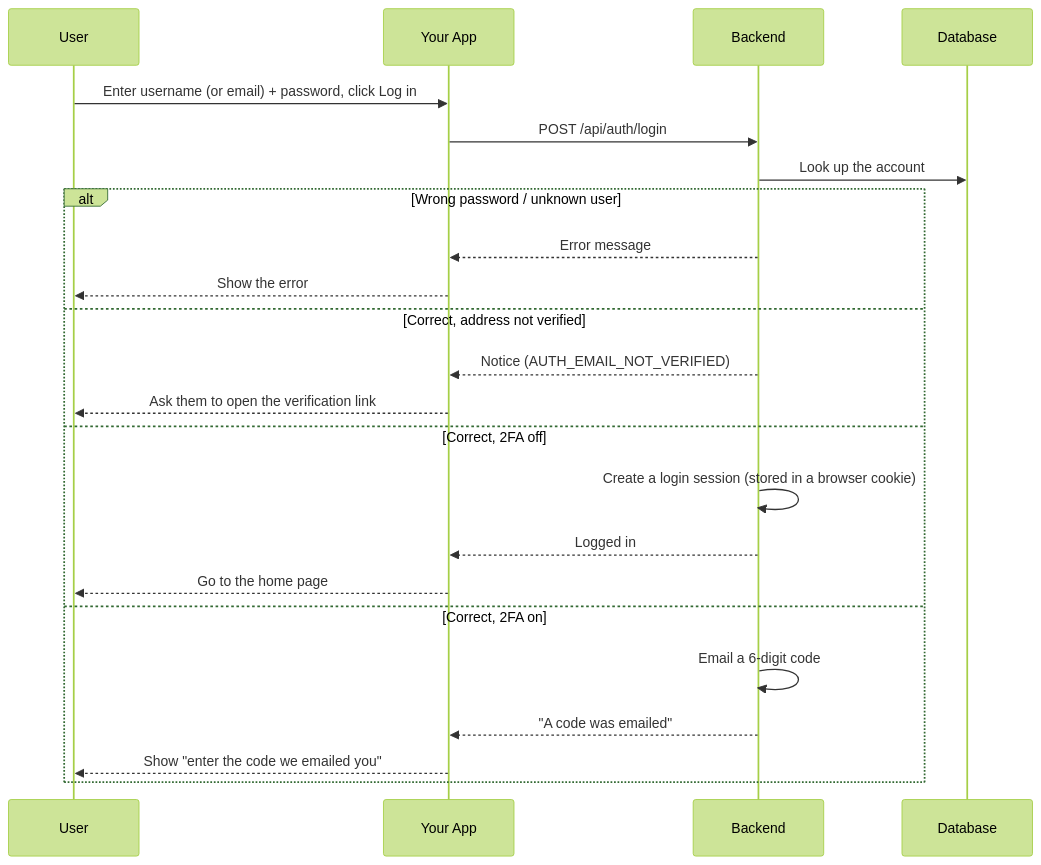
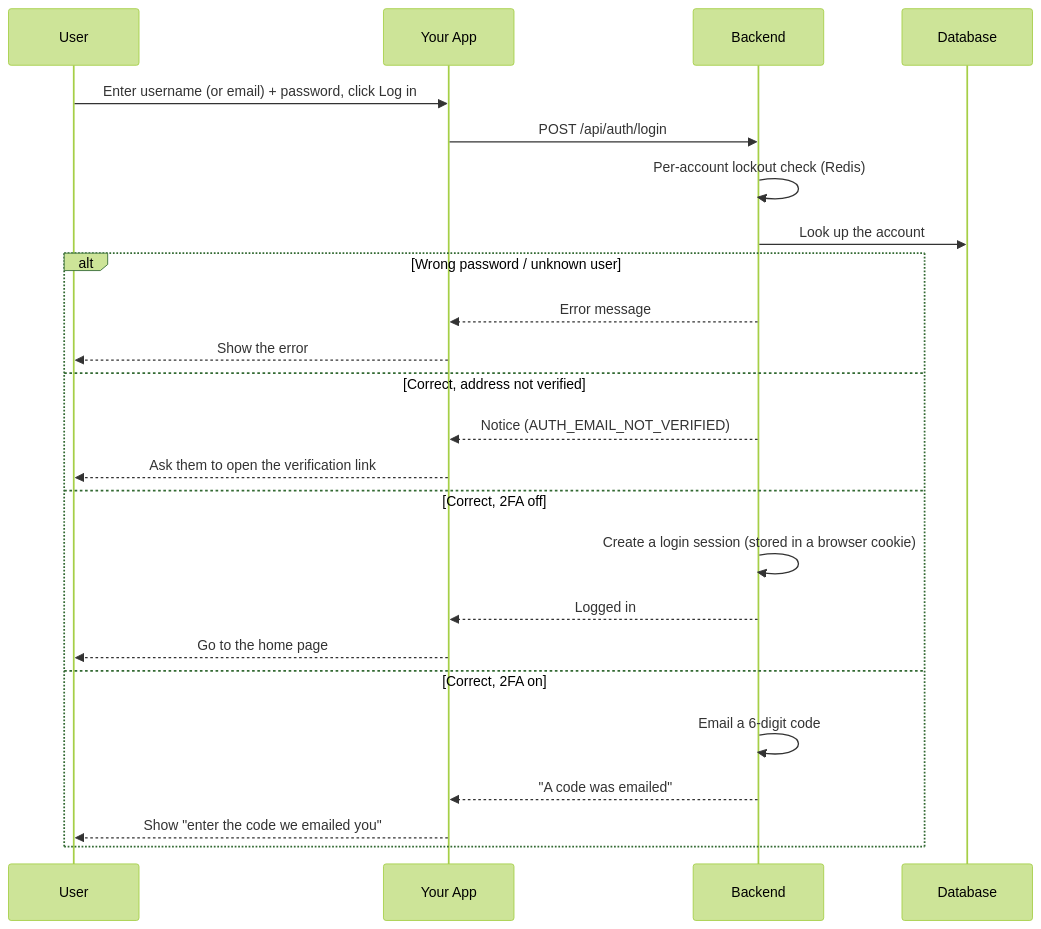
Before and after one commit to J00ZzZ/ft_transcendence: the second of 8 diagrams in docs/backend/backend-auth-module.md, drawn with Mermaid (forest theme). The commit also changed other lines of this file and 22 other files, not shown here.

Commit message:
Security: Security: engine Socket.IO CORS implemented as allow list for 2 https domains,added sockets timeouts. Docs: added the three new files to the architecture trees and documented the allow-list, socket limits, lockout and timing-safe key check.

````diff
--- a/docs/backend/backend-auth-module.md
+++ b/docs/backend/backend-auth-module.md
@@ -311,26 +340,27 @@
 ```mermaid
 sequenceDiagram
     participant User
     participant Site as Your App
     participant Server as Backend
     participant DB as Database
 
     User->>Site: Enter username (or email) + password, click Log in
     Site->>Server: POST /api/auth/login
+    Server->>Server: Per-account lockout check (Redis)
     Server->>DB: Look up the account
     alt Wrong password / unknown user
         Server-->>Site: Error message
         Site-->>User: Show the error
     else Correct, address not verified
         Server-->>Site: Notice (AUTH_EMAIL_NOT_VERIFIED)
         Site-->>User: Ask them to open the verification link
     else Correct, 2FA off
         Server->>Server: Create a login session (stored in a browser cookie)
         Server-->>Site: Logged in
         Site-->>User: Go to the home page
     else Correct, 2FA on
         Server->>Server: Email a 6-digit code
         Server-->>Site: "A code was emailed"
         Site-->>User: Show "enter the code we emailed you"
     end
 ```
````
